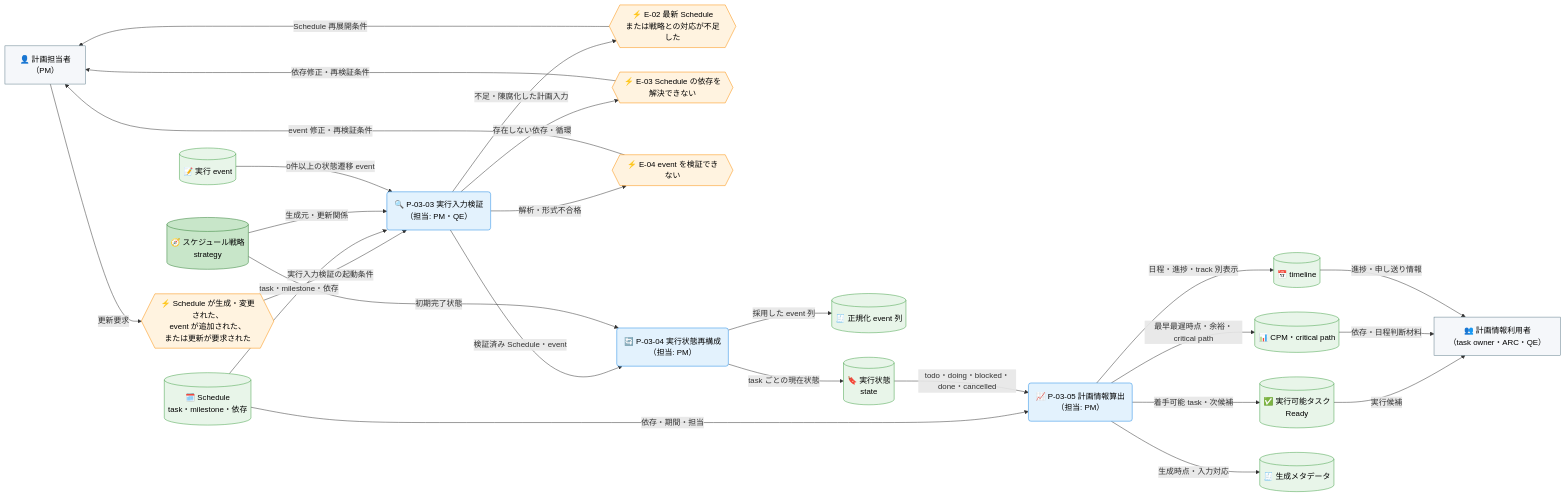
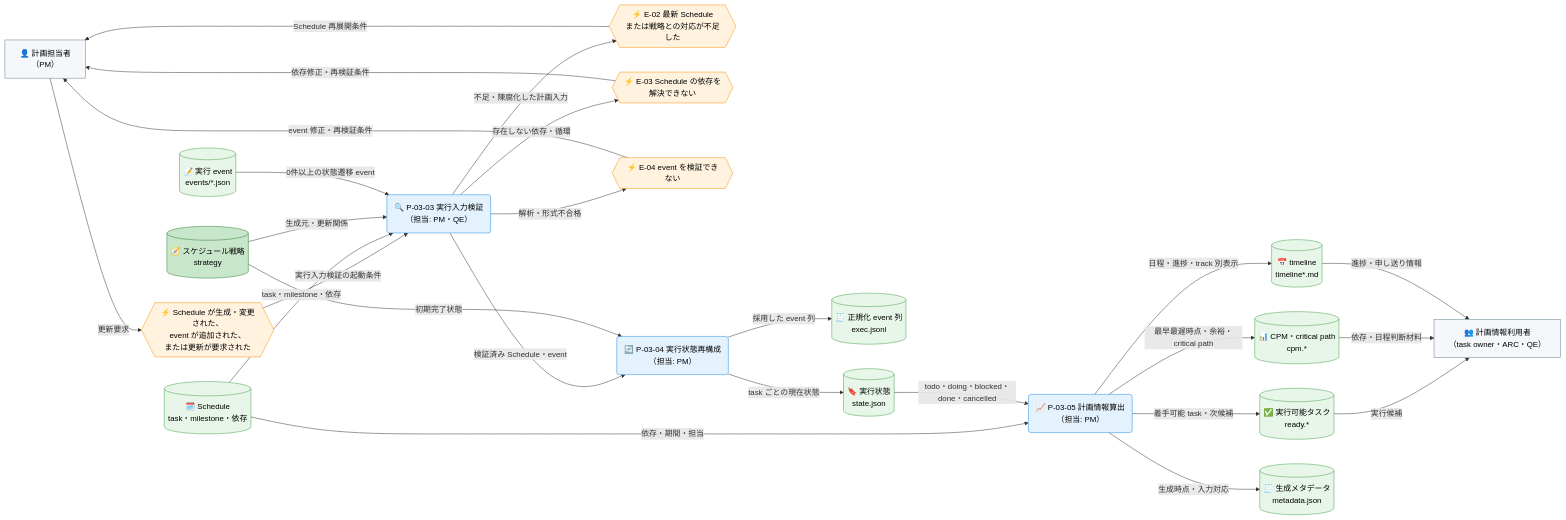
One commit to specdojo/specdojo changed the second of 2 diagrams in docs/ja/product/010-business-specs/010-data-flow/cdfd-catalog-planning.md. Above: the diagram before and after it, drawn with Mermaid. The commit also changed other lines of this file and 31 other files, not shown here.

First line of the commit message:
exec(T-DATA-FLOW-cdfd-*-140): finalize remaining data-flow CDFDs

````diff
--- a/docs/ja/product/010-business-specs/010-data-flow/cdfd-catalog-planning.md
+++ b/docs/ja/product/010-business-specs/010-data-flow/cdfd-catalog-planning.md
@@ -105,63 +105,63 @@
 ```mermaid
 flowchart LR
   classDef process fill:#e3f2fd,stroke:#1e88e5,color:#000
   classDef event fill:#fff3e0,stroke:#fb8c00,color:#000
   classDef storeMaster fill:#c8e6c9,stroke:#2e7d32,color:#000
   classDef storeTransaction fill:#e8f5e9,stroke:#43a047,color:#000
   classDef actor fill:#f5f7fa,stroke:#607d8b,color:#000
 
   計画担当者["👤 計画担当者<br>（PM）"]
   計画情報利用者["👥 計画情報利用者<br>（task owner・ARC・QE）"]
 
   計画情報更新{{"⚡ Schedule が生成・変更された、<br>event が追加された、<br>または更新が要求された"}}
   戦略不足{{"⚡ E-02 最新 Schedule<br>または戦略との対応が不足した"}}
   依存解決失敗{{"⚡ E-03 Schedule の依存を解決できない"}}
   event不正{{"⚡ E-04 event を検証できない"}}
 
   実行入力検証("🔍 P-03-03 実行入力検証<br>（担当: PM・QE）")
   実行状態再構成("🔄 P-03-04 実行状態再構成<br>（担当: PM）")
   計画情報算出("📈 P-03-05 計画情報算出<br>（担当: PM）")
 
   スケジュール戦略[("🧭 スケジュール戦略<br>strategy")]
   Schedule[("🗓️ Schedule<br>task・milestone・依存")]
-  実行event[("📝 実行 event")]
-  正規化event列[("🧾 正規化 event 列")]
-  実行状態[("🔖 実行状態<br>state")]
-  Ready[("✅ 実行可能タスク<br>Ready")]
-  CPM[("📊 CPM・critical path")]
-  timeline[("📅 timeline")]
-  生成メタデータ[("🧾 生成メタデータ")]
+  実行event[("📝 実行 event<br>events/*.json")]
+  正規化event列[("🧾 正規化 event 列<br>exec.jsonl")]
+  実行状態[("🔖 実行状態<br>state.json")]
+  Ready[("✅ 実行可能タスク<br>ready.*")]
+  CPM[("📊 CPM・critical path<br>cpm.*")]
+  timeline[("📅 timeline<br>timeline*.md")]
+  生成メタデータ[("🧾 生成メタデータ<br>metadata.json")]
 
   計画担当者 -->|"更新要求"| 計画情報更新
   計画情報更新 -->|"実行入力検証の起動条件"| 実行入力検証
   Schedule -->|"task・milestone・依存"| 実行入力検証
   スケジュール戦略 -->|"生成元・更新関係"| 実行入力検証
   実行event -->|"0件以上の状態遷移 event"| 実行入力検証
   実行入力検証 -->|"不足・陳腐化した計画入力"| 戦略不足
   実行入力検証 -->|"存在しない依存・循環"| 依存解決失敗
   実行入力検証 -->|"解析・形式不合格"| event不正
   戦略不足 -->|"Schedule 再展開条件"| 計画担当者
   依存解決失敗 -->|"依存修正・再検証条件"| 計画担当者
   event不正 -->|"event 修正・再検証条件"| 計画担当者
 
   実行入力検証 -->|"検証済み Schedule・event"| 実行状態再構成
   スケジュール戦略 -->|"初期完了状態"| 実行状態再構成
   実行状態再構成 -->|"採用した event 列"| 正規化event列
   実行状態再構成 -->|"task ごとの現在状態"| 実行状態
   Schedule -->|"依存・期間・担当"| 計画情報算出
   実行状態 -->|"todo・doing・blocked・done・cancelled"| 計画情報算出
   計画情報算出 -->|"着手可能 task・次候補"| Ready
   計画情報算出 -->|"最早最遅時点・余裕・critical path"| CPM
   計画情報算出 -->|"日程・進捗・track 別表示"| timeline
   計画情報算出 -->|"生成時点・入力対応"| 生成メタデータ
 
   Ready -->|"実行候補"| 計画情報利用者
   CPM -->|"依存・日程判断材料"| 計画情報利用者
   timeline -->|"進捗・申し送り情報"| 計画情報利用者
 
   class 実行入力検証,実行状態再構成,計画情報算出 process
   class 計画情報更新,戦略不足,依存解決失敗,event不正 event
   class スケジュール戦略 storeMaster
   class Schedule,実行event,正規化event列,実行状態,Ready,CPM,timeline,生成メタデータ storeTransaction
   class 計画担当者,計画情報利用者 actor
 ```
````
